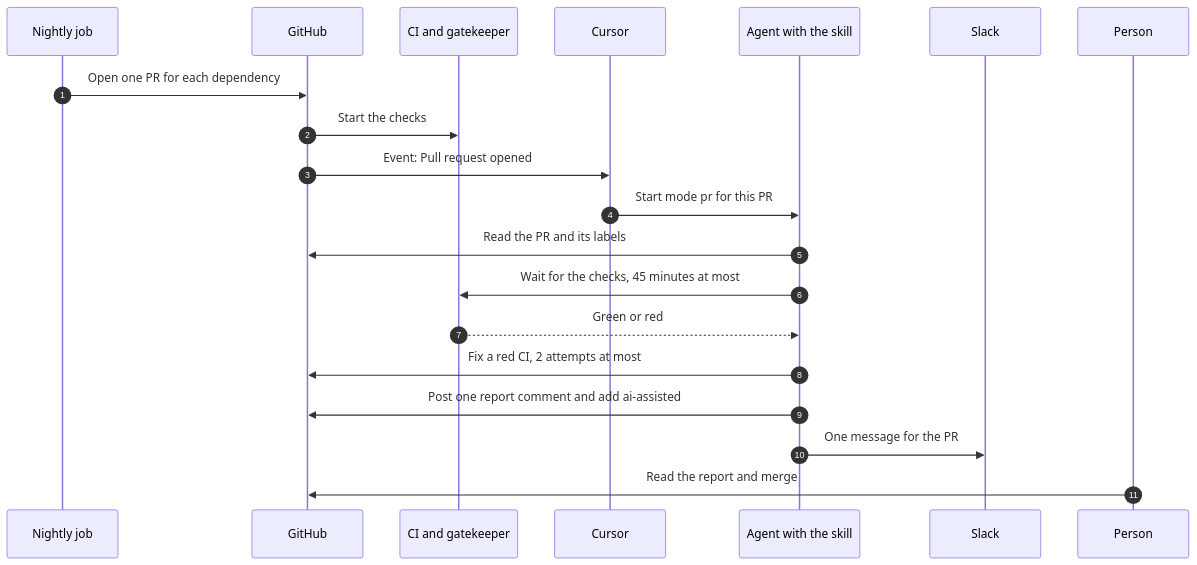
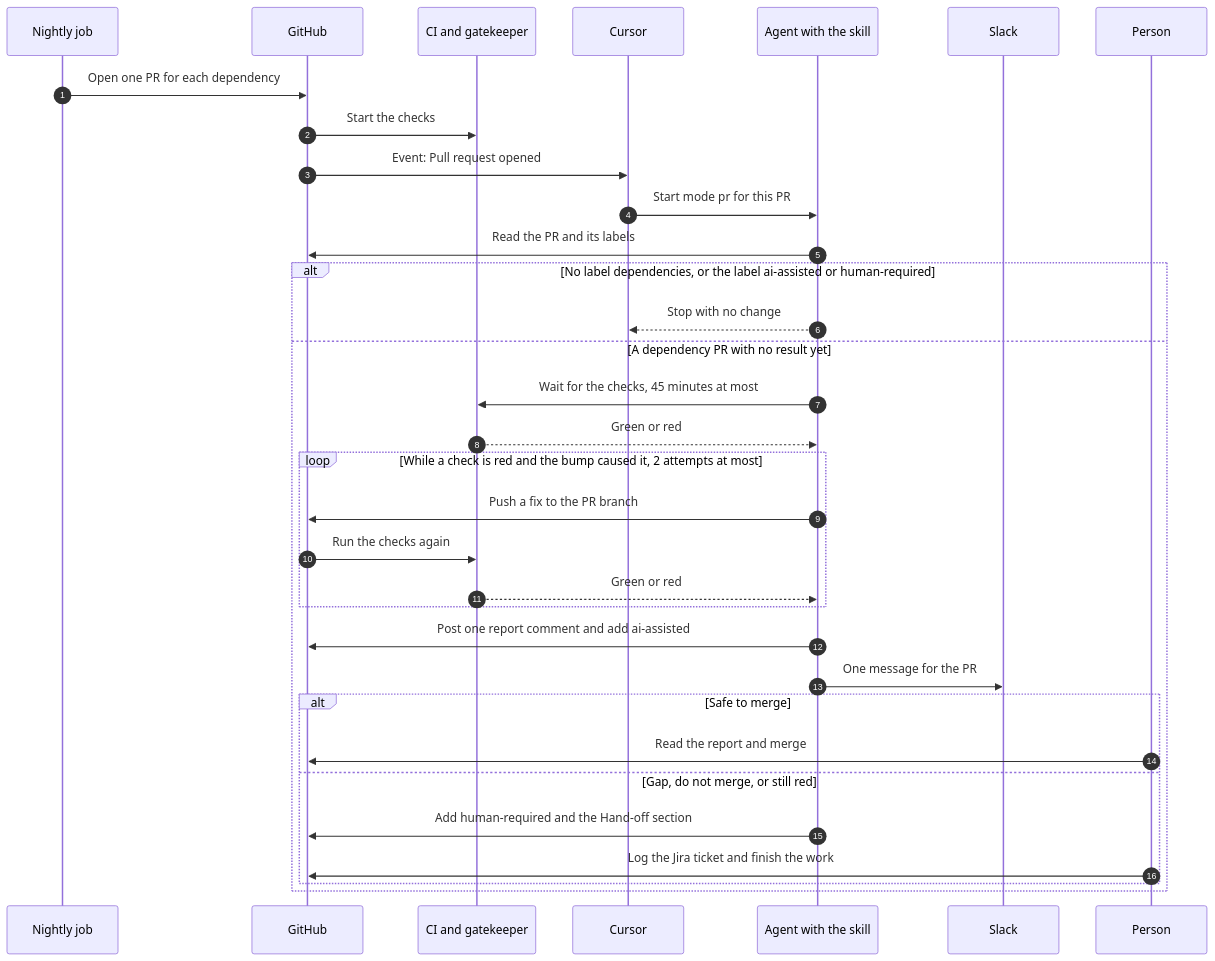
Before and after one commit to Unique-AG/connectors: the first of 3 diagrams in docs/security/dependencies.md, drawn with Mermaid. The commit also changed other lines of this file, not shown here.

Commit message:
docs(main): show the choices and the fix loop in the agent diagram and add how to rebase a PR

````diff
--- a/docs/security/dependencies.md
+++ b/docs/security/dependencies.md
@@ -26,22 +26,35 @@
 ```mermaid
 sequenceDiagram
   autonumber
   participant Job as Nightly job
   participant GH as GitHub
   participant CI as CI and gatekeeper
   participant Cur as Cursor
   participant Agent as Agent with the skill
   participant Slack
   participant Person
   Job->>GH: Open one PR for each dependency
   GH->>CI: Start the checks
   GH->>Cur: Event: Pull request opened
   Cur->>Agent: Start mode pr for this PR
   Agent->>GH: Read the PR and its labels
-  Agent->>CI: Wait for the checks, 45 minutes at most
-  CI-->>Agent: Green or red
-  Agent->>GH: Fix a red CI, 2 attempts at most
-  Agent->>GH: Post one report comment and add ai-assisted
-  Agent->>Slack: One message for the PR
-  Person->>GH: Read the report and merge
+  alt No label dependencies, or the label ai-assisted or human-required
+    Agent-->>Cur: Stop with no change
+  else A dependency PR with no result yet
+    Agent->>CI: Wait for the checks, 45 minutes at most
+    CI-->>Agent: Green or red
+    loop While a check is red and the bump caused it, 2 attempts at most
+      Agent->>GH: Push a fix to the PR branch
+      GH->>CI: Run the checks again
+      CI-->>Agent: Green or red
+    end
+    Agent->>GH: Post one report comment and add ai-assisted
+    Agent->>Slack: One message for the PR
+    alt Safe to merge
+      Person->>GH: Read the report and merge
+    else Gap, do not merge, or still red
+      Agent->>GH: Add human-required and the Hand-off section
+      Person->>GH: Log the Jira ticket and finish the work
+    end
+  end
 ```
````
